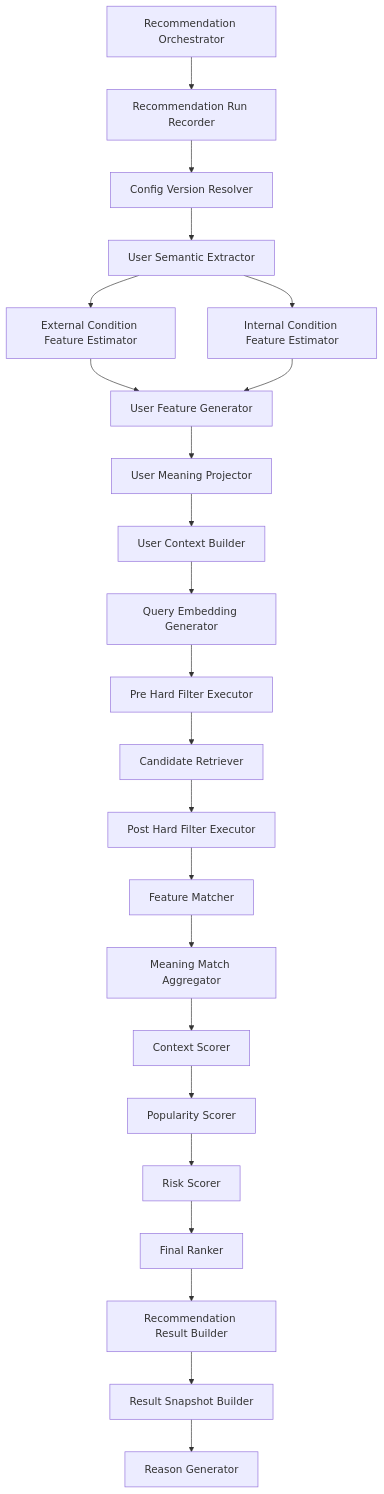
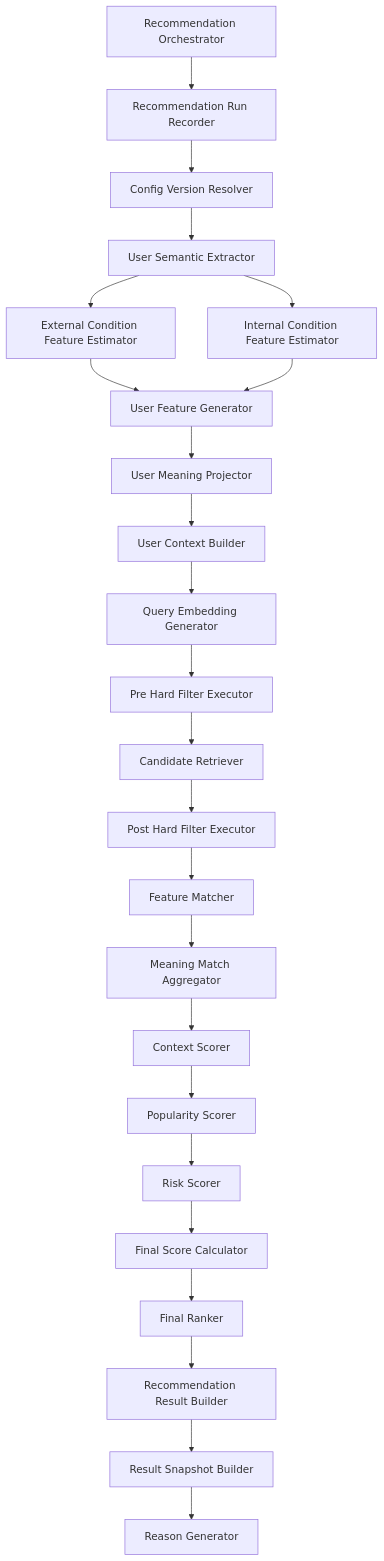
One commit to ryo-chan-k6/GiftRecommendAPP_MVP_CYCLE_3 changed the first of 3 diagrams in docs/05_アプリケーション設計/アプリ/モジュール一覧.md. Above: the diagram before and after it, drawn with Mermaid. The commit also changed other lines of this file and 235 other files, not shown here.

````diff
--- a/docs/05_アプリケーション設計/アプリ/モジュール一覧.md
+++ b/docs/05_アプリケーション設計/アプリ/モジュール一覧.md
@@ -371,25 +353,26 @@
 ```mermaid
 flowchart TD
     A[Recommendation Orchestrator] --> B[Recommendation Run Recorder]
     B --> C[Config Version Resolver]
     C --> D[User Semantic Extractor]
     D --> E[External Condition Feature Estimator]
     D --> F[Internal Condition Feature Estimator]
     E --> G[User Feature Generator]
     F --> G
     G --> H[User Meaning Projector]
     H --> I[User Context Builder]
     I --> J[Query Embedding Generator]
     J --> K[Pre Hard Filter Executor]
     K --> L[Candidate Retriever]
     L --> M[Post Hard Filter Executor]
     M --> N[Feature Matcher]
     N --> O[Meaning Match Aggregator]
     O --> P[Context Scorer]
     P --> Q[Popularity Scorer]
     Q --> R[Risk Scorer]
-    R --> S[Final Ranker]
-    S --> T[Recommendation Result Builder]
-    T --> U[Result Snapshot Builder]
-    U --> V[Reason Generator]
+    R --> S[Final Score Calculator]
+    S --> T[Final Ranker]
+    T --> U[Recommendation Result Builder]
+    U --> V[Result Snapshot Builder]
+    V --> W[Reason Generator]
 ```
````
